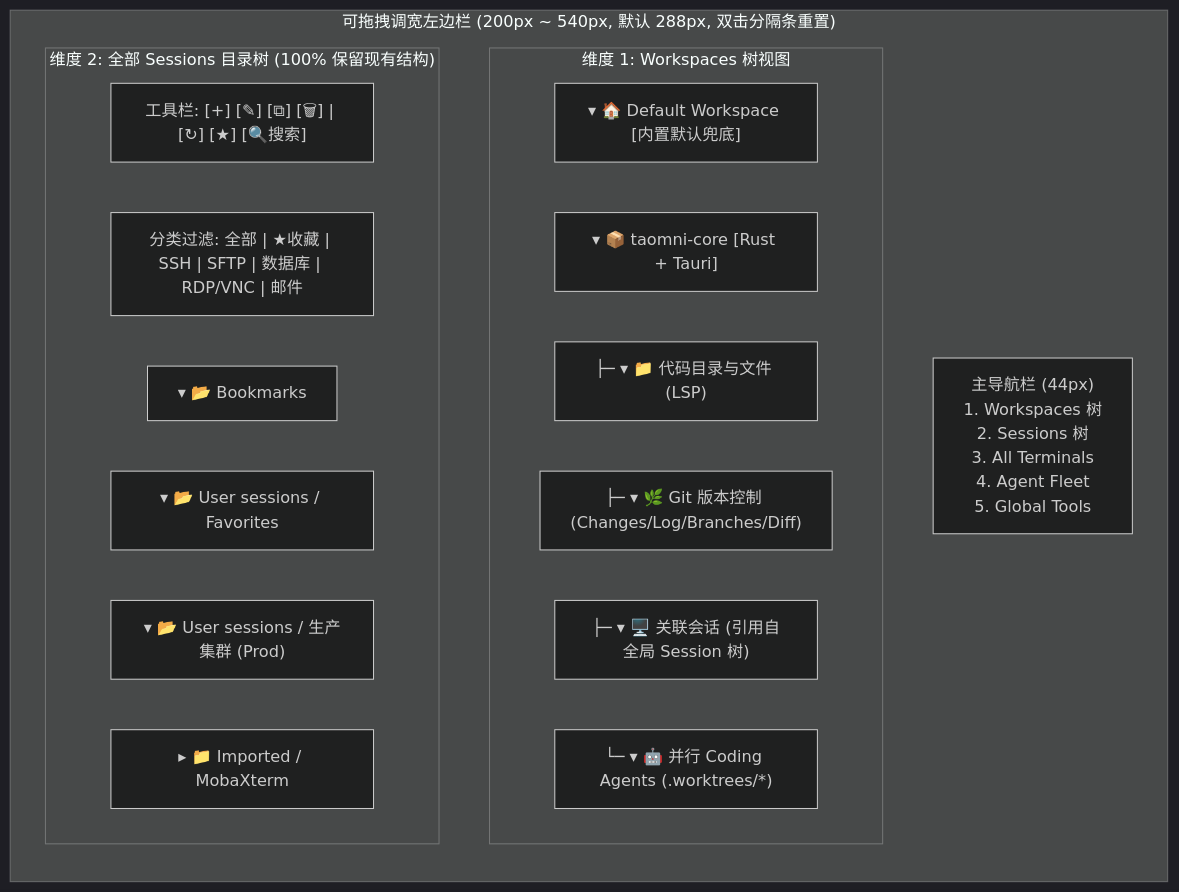
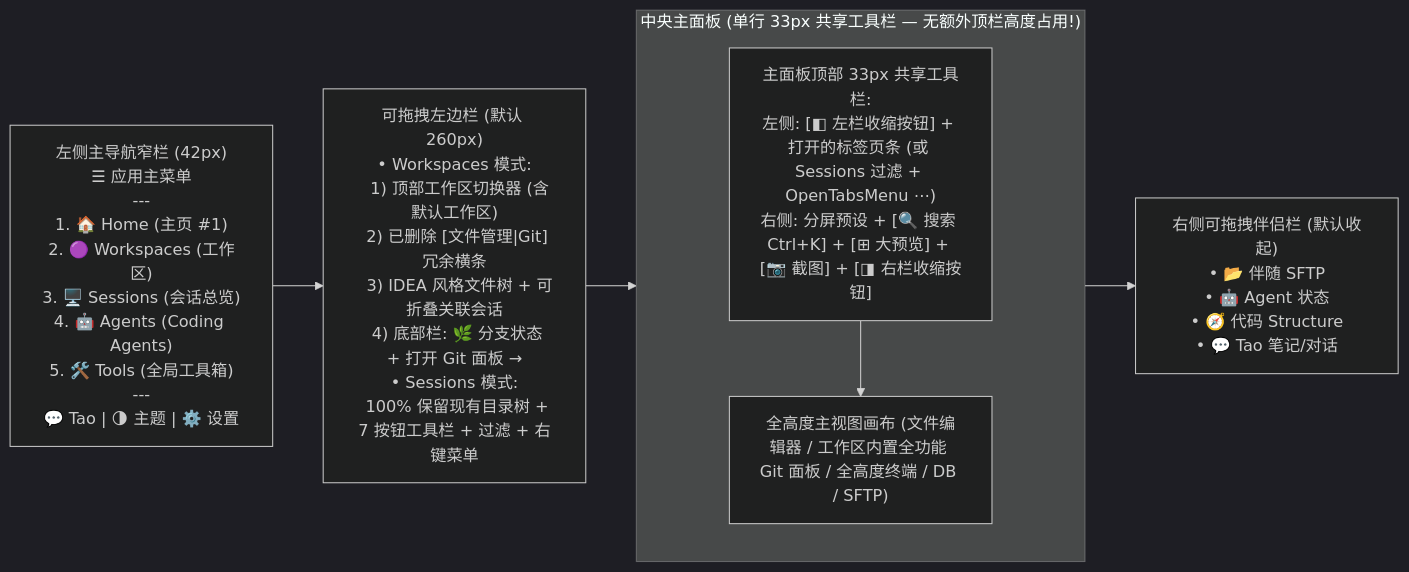
Before and after one commit to engcapa/taomni: the diagram in docs-feature/workspace-platform-redesign-design.md, drawn with Mermaid (dark theme). The commit also changed other lines of this file and 1 other file, not shown here.

First line of the commit message:
docs(feature): v6 prototype with rail tools, any-session open, add file/dir, IDEA tool stripe

````diff
--- a/docs-feature/workspace-platform-redesign-design.md
+++ b/docs-feature/workspace-platform-redesign-design.md
@@ -21,25 +63,16 @@
 ```mermaid
 flowchart LR
-    subgraph LeftSidebar["可拖拽调宽左边栏 (200px ~ 540px, 默认 288px, 双击分隔条重置)"]
-        direction TB
-        Rail["主导航栏 (44px)\n1. Workspaces 树\n2. Sessions 树\n3. All Terminals\n4. Agent Fleet\n5. Global Tools"]
-        
-        subgraph WsTree["维度 1: Workspaces 树视图"]
-            W0["▾ 🏠 Default Workspace [内置默认兜底]"]
-            W1["▾ 📦 taomni-core [Rust + Tauri]"]
-            W1C["  ├─ ▾ 📁 代码目录与文件 (LSP)"]
-            W1G["  ├─ ▾ 🌿 Git 版本控制 (Changes/Log/Branches/Diff)"]
-            W1S["  ├─ ▾ 🖥️ 关联会话 (引用自全局 Session 树)"]
-            W1A["  └─ ▾ 🤖 并行 Coding Agents (.worktrees/*)"]
-        end
+  Rail["左侧主导航窄栏 (42px)\n☰ 应用主菜单\n---\n1. 🏠 Home (主页 #1)\n2. 🟣 Workspaces (工作区)\n3. 🖥️ Sessions (会话总览)\n4. 🤖 Agents (Coding Agents)\n5. 🛠️ Tools (全局工具箱)\n---\n💬 Tao | 🌗 主题 | ⚙️ 设置"]
+  
+  LeftNav["可拖拽左边栏 (默认 260px)\n• Workspaces 模式:\n  1) 顶部工作区切换器 (含默认工作区)\n  2) 已删除 [文件管理|Git] 冗余横条\n  3) IDEA 风格文件树 + 可折叠关联会话\n  4) 底部栏: 🌿 分支状态 + 打开 Git 面板 →\n• Sessions 模式:\n  100% 保留现有目录树 + 7 按钮工具栏 + 过滤 + 右键菜单"]
+  
+  subgraph Center["中央主面板 (单行 33px 共享工具栏 — 无额外顶栏高度占用!)"]
+    SharedBar["主面板顶部 33px 共享工具栏:\n左侧: [◧ 左栏收缩按钮] + 打开的标签页条 (或 Sessions 过滤 + OpenTabsMenu ⋯)\n右侧: 分屏预设 + [🔍 搜索 Ctrl+K] + [⊞ 大预览] + [📷 截图] + [◨ 右栏收缩按钮]"]
+    Viewport["全高度主视图画布 (文件编辑器 / 工作区内置全功能 Git 面板 / 全高度终端 / DB / SFTP)"]
+    SharedBar --> Viewport
+  end
+  
+  RightDock["右侧可拖拽伴侣栏 (默认收起)\n• 📂 伴随 SFTP\n• 🤖 Agent 状态\n• 🧭 代码 Structure\n• 💬 Tao 笔记/对话"]
 
-        subgraph SessTree["维度 2: 全部 Sessions 目录树 (100% 保留现有结构)"]
-            STBar["工具栏: [+] [✎] [⧉] [🗑] | [↻] [★] [🔍搜索]"]
-            SFilter["分类过滤: 全部 | ★收藏 | SSH | SFTP | 数据库 | RDP/VNC | 邮件"]
-            SF1["▾ 📂 Bookmarks"]
-            SF2["▾ 📂 User sessions / Favorites"]
-            SF3["▾ 📂 User sessions / 生产集群 (Prod)"]
-            SF4["▸ 📁 Imported / MobaXterm"]
-        end
-    end
+  Rail --> LeftNav --> Center --> RightDock
 ```
````
